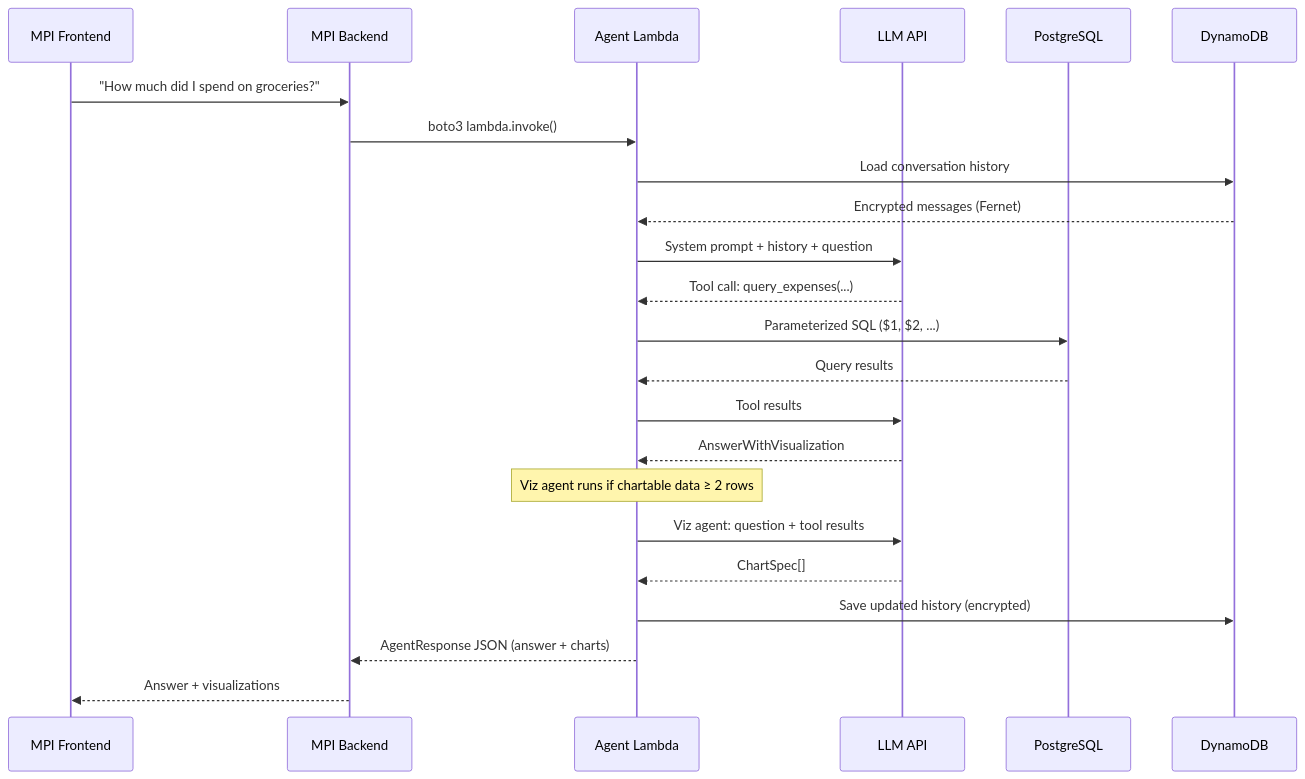
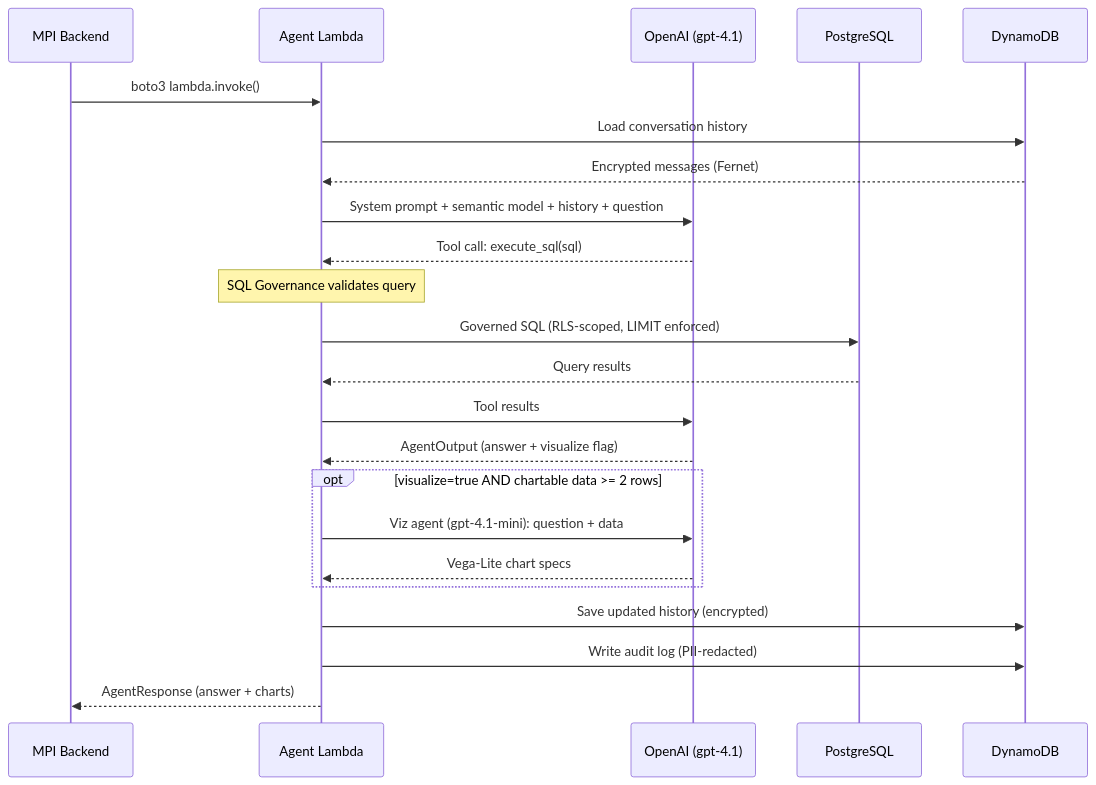
The second of 2 diagrams in README.md (maxibove13/finance-query-agent), drawn with Mermaid before and after one commit. The commit also changed other lines of this file and 62 other files, not shown here.

Commit message:
[MPI-209] refactor: semantic layer + single SQL tool with governance checks (#26)

````diff
--- a/README.md
+++ b/README.md
@@ -43,32 +67,32 @@
 ```mermaid
 sequenceDiagram
-    participant Client as MPI Frontend
-    participant Backend as MPI Backend
+    participant Client as MPI Backend
     participant Lambda as Agent Lambda
-    participant LLM as LLM API
+    participant LLM as OpenAI (gpt-4.1)
     participant PG as PostgreSQL
     participant Dynamo as DynamoDB
 
-    Client->>Backend: "How much did I spend on groceries?"
-    Backend->>Lambda: boto3 lambda.invoke()
+    Client->>Lambda: boto3 lambda.invoke()
 
     Lambda->>Dynamo: Load conversation history
     Dynamo-->>Lambda: Encrypted messages (Fernet)
 
-    Lambda->>LLM: System prompt + history + question
-    LLM-->>Lambda: Tool call: query_expenses(...)
+    Lambda->>LLM: System prompt + semantic model + history + question
+    LLM-->>Lambda: Tool call: execute_sql(sql)
 
-    Lambda->>PG: Parameterized SQL ($1, $2, ...)
+    Note over Lambda: SQL Governance validates query
+    Lambda->>PG: Governed SQL (RLS-scoped, LIMIT enforced)
     PG-->>Lambda: Query results
 
     Lambda->>LLM: Tool results
-    LLM-->>Lambda: AnswerWithVisualization
+    LLM-->>Lambda: AgentOutput (answer + visualize flag)
 
-    Note over Lambda: Viz agent runs if chartable data ≥ 2 rows
-    Lambda->>LLM: Viz agent: question + tool results
-    LLM-->>Lambda: ChartSpec[]
+    opt visualize=true AND chartable data >= 2 rows
+        Lambda->>LLM: Viz agent (gpt-4.1-mini): question + data
+        LLM-->>Lambda: Vega-Lite chart specs
+    end
 
     Lambda->>Dynamo: Save updated history (encrypted)
-    Lambda-->>Backend: AgentResponse JSON (answer + charts)
-    Backend-->>Client: Answer + visualizations
+    Lambda->>Dynamo: Write audit log (PII-redacted)
+    Lambda-->>Client: AgentResponse (answer + charts)
 ```
````
